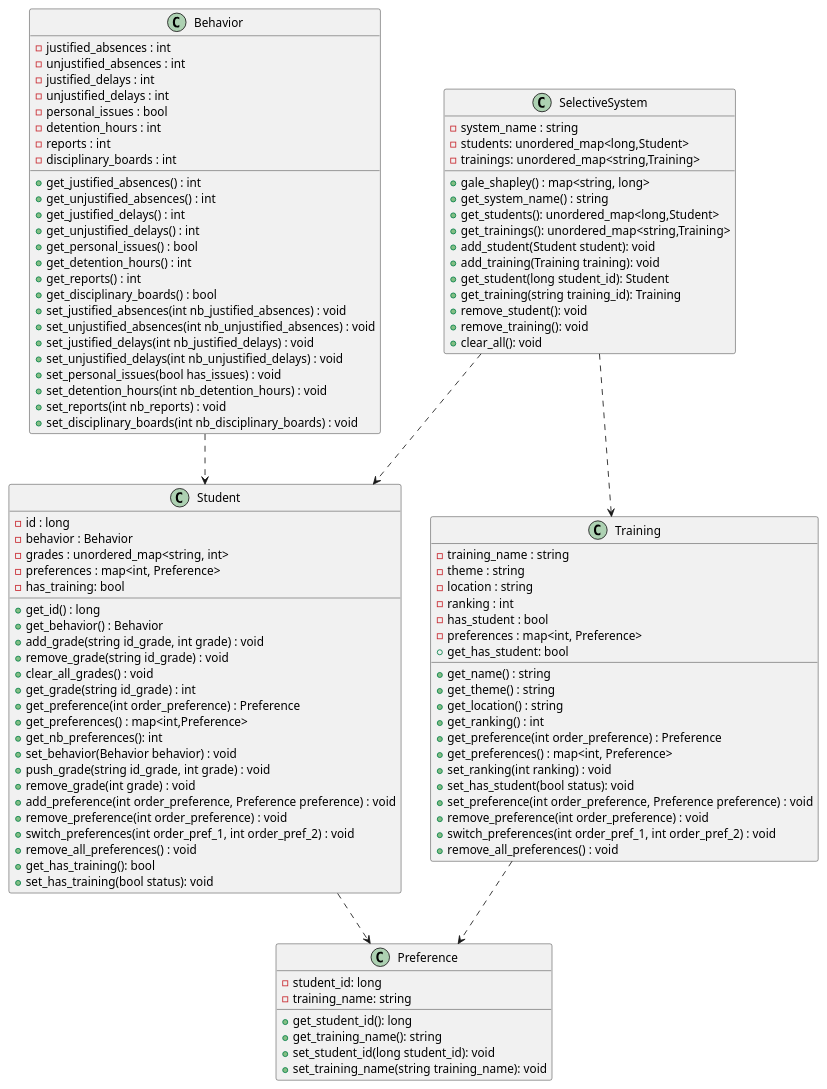
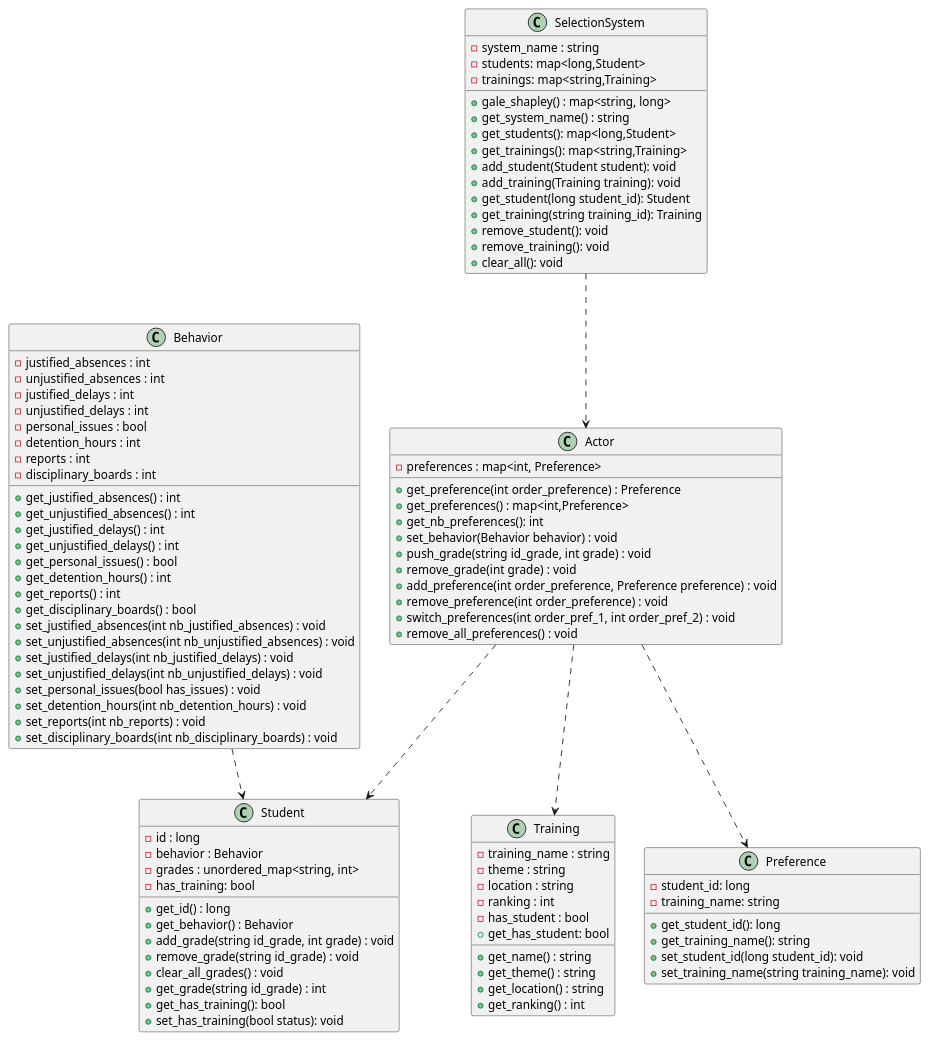
Before and after one commit to Padrese/selection_sys: the diagram in uml/diagram.plantuml, drawn with PlantUML. The commit also changed 128 other files, not shown here.

```diff
--- a/uml/diagram.plantuml
+++ b/uml/diagram.plantuml
@@ -1,112 +1,106 @@
 @startuml diagram
 
-SelectiveSystem ..> Student
-SelectiveSystem ..> Training
+Actor ..> Student
+Actor ..> Training
+SelectionSystem ..> Actor
 Behavior ..> Student
-Training ..> Preference
-Student ..> Preference
+Actor ..> Preference
 
-class Student {
-    -id : long
-    -behavior : Behavior
-    -grades : unordered_map<string, int>
+class Actor{
     -preferences : map<int, Preference> 
-    -has_training: bool
-    +get_id() : long
-    +get_behavior() : Behavior
-    +add_grade(string id_grade, int grade) : void
-    +remove_grade(string id_grade) : void
-    +clear_all_grades() : void
-    +get_grade(string id_grade) : int
     +get_preference(int order_preference) : Preference
     +get_preferences() : map<int,Preference> 
     +get_nb_preferences(): int
     +set_behavior(Behavior behavior) : void
     +push_grade(string id_grade, int grade) : void
     +remove_grade(int grade) : void
     +add_preference(int order_preference, Preference preference) : void
     +remove_preference(int order_preference) : void
     +switch_preferences(int order_pref_1, int order_pref_2) : void
     +remove_all_preferences() : void
+}
+
+class Student {
+    -id : long
+    -behavior : Behavior
+    -grades : unordered_map<string, int>
+    -has_training: bool
+    +get_id() : long
+    +get_behavior() : Behavior
+    +add_grade(string id_grade, int grade) : void
+    +remove_grade(string id_grade) : void
+    +clear_all_grades() : void
+    +get_grade(string id_grade) : int
     +get_has_training(): bool
     +set_has_training(bool status): void
 }
 
-class SelectiveSystem {
+class SelectionSystem {
     -system_name : string
-    -students: unordered_map<long,Student>
-    -trainings: unordered_map<string,Training>
+    -students: map<long,Student>
+    -trainings: map<string,Training>
     + gale_shapley() : map<string, long> 
     + get_system_name() : string
-    + get_students(): unordered_map<long,Student>
-    + get_trainings(): unordered_map<string,Training>
+    + get_students(): map<long,Student>
+    + get_trainings(): map<string,Training>
     + add_student(Student student): void
     + add_training(Training training): void
     + get_student(long student_id): Student
     + get_training(string training_id): Training
     + remove_student(): void
     + remove_training(): void
     + clear_all(): void
 }
 
 class Training {
     - training_name : string
     - theme : string
     - location : string
     - ranking : int
     - has_student : bool
-    - preferences : map<int, Preference> 
     + get_name() : string
     + get_theme() : string
     + get_location() : string
     + get_ranking() : int
     + get_has_student: bool
-    + get_preference(int order_preference) : Preference
-    + get_preferences() : map<int, Preference> 
-    + set_ranking(int ranking) : void
-    + set_has_student(bool status): void
-    + set_preference(int order_preference, Preference preference) : void
-    + remove_preference(int order_preference) : void
-    + switch_preferences(int order_pref_1, int order_pref_2) : void
-    + remove_all_preferences() : void
 }
 
 class Preference{
     - student_id: long
     - training_name: string
     + get_student_id(): long
     + get_training_name(): string
     + set_student_id(long student_id): void
     + set_training_name(string training_name): void
 }
 
 
 class Behavior {
     -justified_absences : int
     -unjustified_absences : int
     -justified_delays : int
     -unjustified_delays : int
     -personal_issues : bool
     -detention_hours : int
     -reports : int
     -disciplinary_boards : int
     +get_justified_absences() : int
     +get_unjustified_absences() : int
     +get_justified_delays() : int
     +get_unjustified_delays() : int
     +get_personal_issues() : bool
     +get_detention_hours() : int
     +get_reports() : int
     +get_disciplinary_boards() : bool
     +set_justified_absences(int nb_justified_absences) : void
     +set_unjustified_absences(int nb_unjustified_absences) : void
     +set_justified_delays(int nb_justified_delays) : void
     +set_unjustified_delays(int nb_unjustified_delays) : void
     +set_personal_issues(bool has_issues) : void
     +set_detention_hours(int nb_detention_hours) : void
     +set_reports(int nb_reports) : void
     +set_disciplinary_boards(int nb_disciplinary_boards) : void
 }
 
 
 @enduml
```
